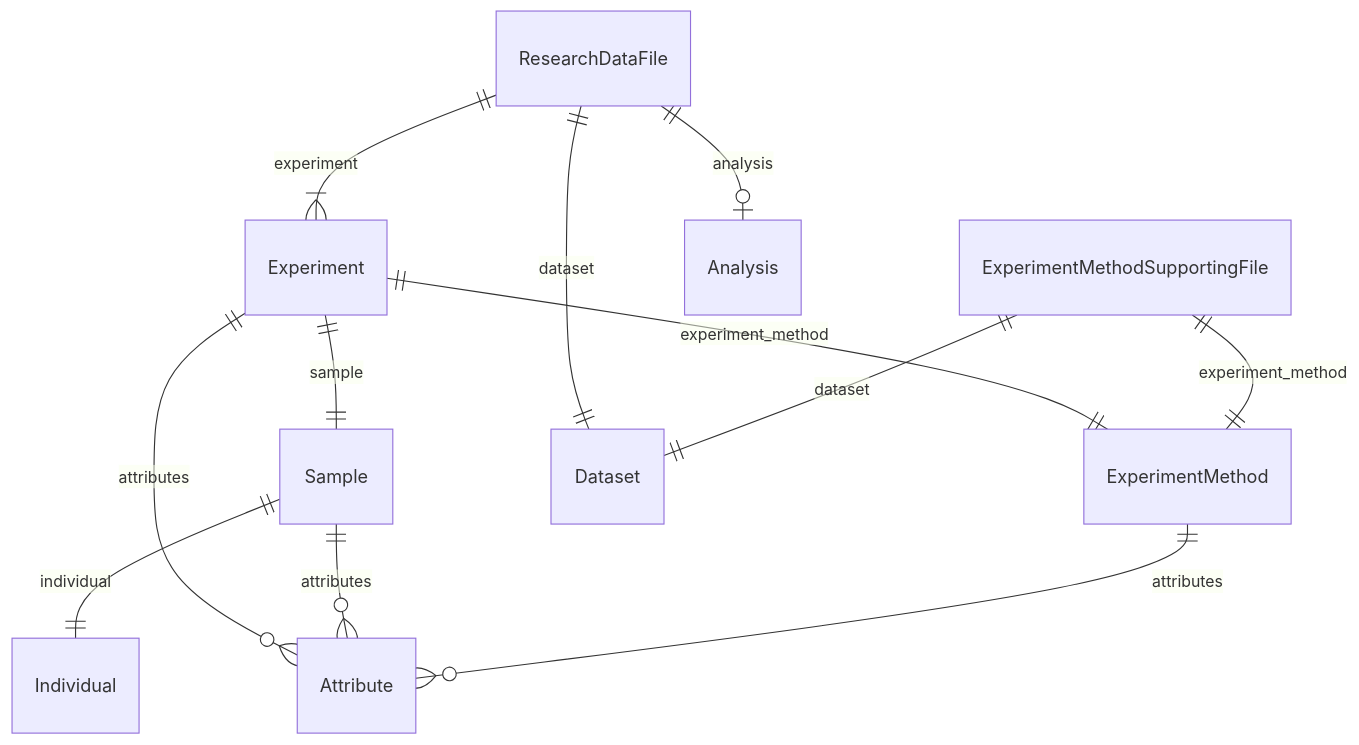
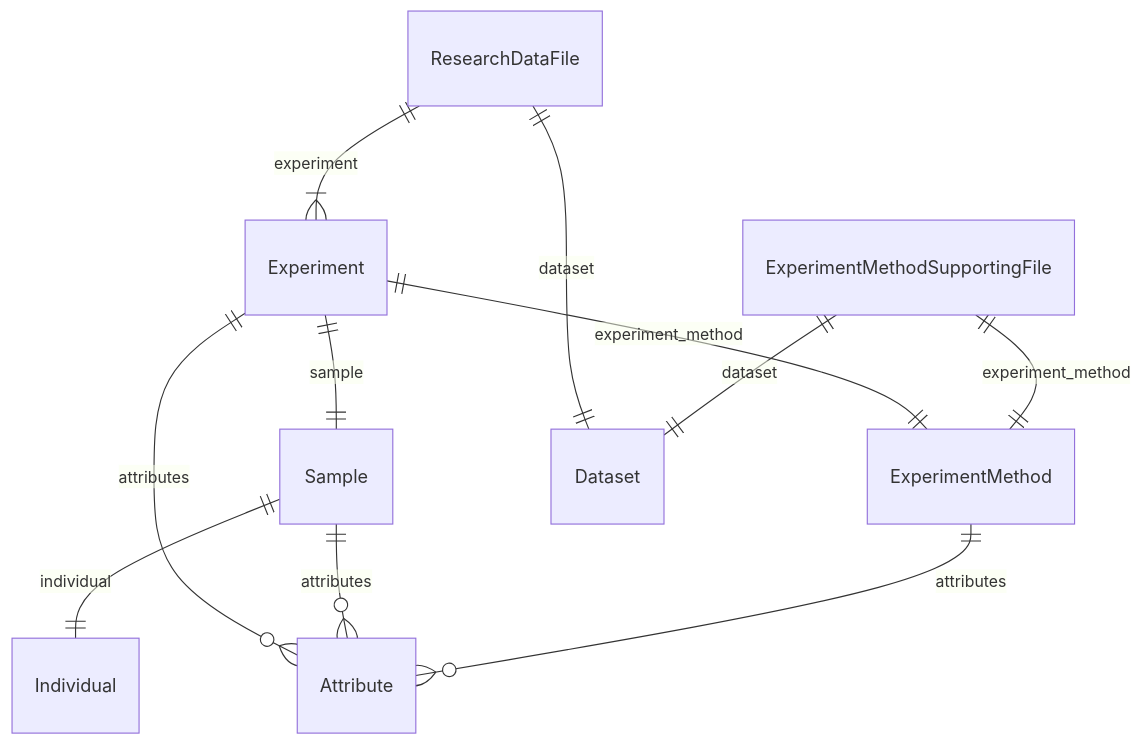
Before and after one commit to ghga-de/ghga-metadata-schema: the third of 5 diagrams in docs/entity_relations.md, drawn with Mermaid. The commit also changed other lines of this file and 9 other files, not shown here.

Commit message:
revision: analysis-research_data_file linkage; generated artifacts

````diff
--- a/docs/entity_relations.md
+++ b/docs/entity_relations.md
@@ -140,31 +140,30 @@
 ```mermaid
 erDiagram
 ExperimentMethodSupportingFile {
 
 }
 ExperimentMethod {
 
 }
 ResearchDataFile {
 
 }
 Sample {
 
 }
 Experiment {
 
 }
 
 ExperimentMethodSupportingFile ||--|| ExperimentMethod : "experiment_method"
 ExperimentMethodSupportingFile ||--|| Dataset : "dataset"
 ExperimentMethod ||--}o Attribute : "attributes"
 ResearchDataFile ||--}| Experiment : "experiment"
-ResearchDataFile ||--|o Analysis : "analysis"
 ResearchDataFile ||--|| Dataset : "dataset"
 Sample ||--|| Individual : "individual"
 Sample ||--}o Attribute : "attributes"
 Experiment ||--|| ExperimentMethod : "experiment_method"
 Experiment ||--|| Sample : "sample"
 Experiment ||--}o Attribute : "attributes"
 
 ```
````
